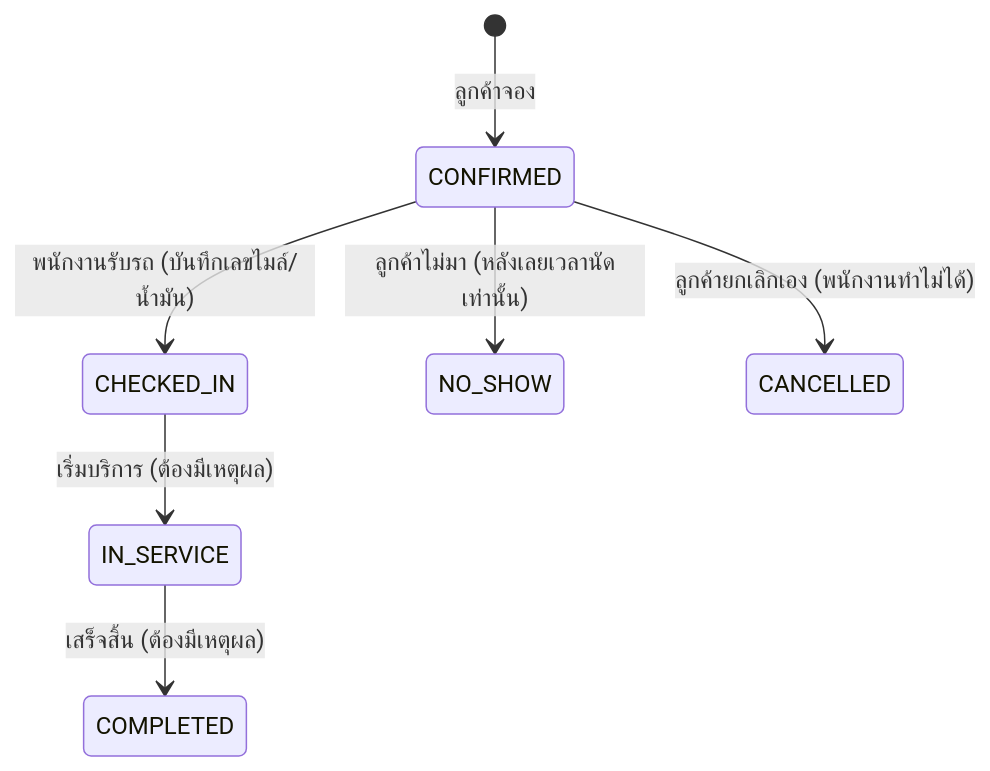
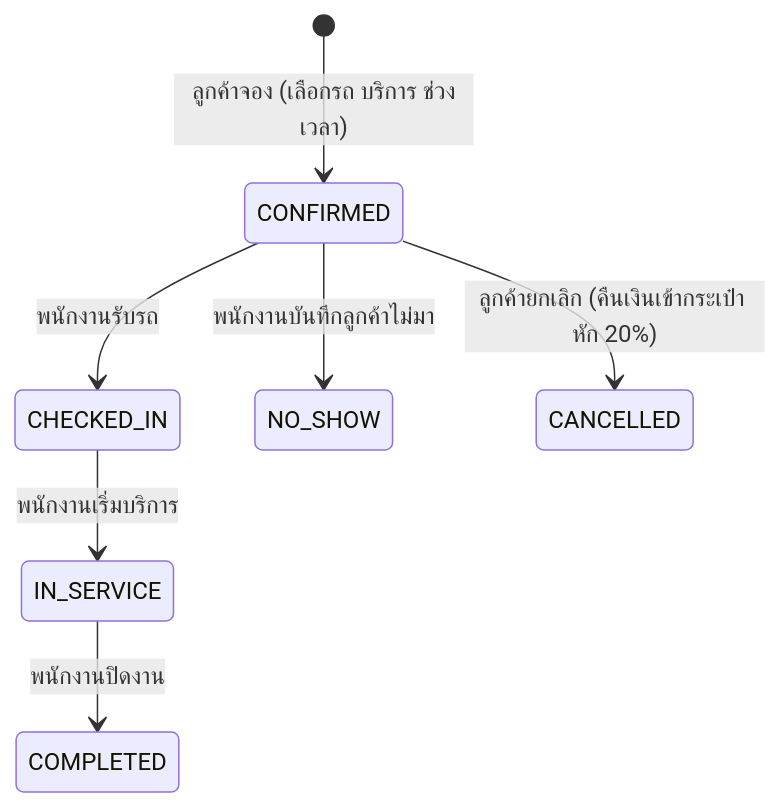
One commit to chetakit/Car-care changed the second of 3 diagrams in README.md. Above: the diagram before and after it, drawn with Mermaid. The commit also changed other lines of this file, not shown here.

````diff
--- a/README.md
+++ b/README.md
@@ -65,9 +76,9 @@
 ```mermaid
 stateDiagram-v2
-  [*] --> CONFIRMED: ลูกค้าจอง
-  CONFIRMED --> CHECKED_IN: พนักงานรับรถ (บันทึกเลขไมล์/น้ำมัน)
-  CHECKED_IN --> IN_SERVICE: เริ่มบริการ (ต้องมีเหตุผล)
-  IN_SERVICE --> COMPLETED: เสร็จสิ้น (ต้องมีเหตุผล)
-  CONFIRMED --> NO_SHOW: ลูกค้าไม่มา (หลังเลยเวลานัดเท่านั้น)
-  CONFIRMED --> CANCELLED: ลูกค้ายกเลิกเอง (พนักงานทำไม่ได้)
+  [*] --> CONFIRMED: ลูกค้าจอง (เลือกรถ บริการ ช่วงเวลา)
+  CONFIRMED --> CHECKED_IN: พนักงานรับรถ
+  CHECKED_IN --> IN_SERVICE: พนักงานเริ่มบริการ
+  IN_SERVICE --> COMPLETED: พนักงานปิดงาน
+  CONFIRMED --> NO_SHOW: พนักงานบันทึกลูกค้าไม่มา
+  CONFIRMED --> CANCELLED: ลูกค้ายกเลิก (คืนเงินเข้ากระเป๋า หัก 20%)
 ```
````
